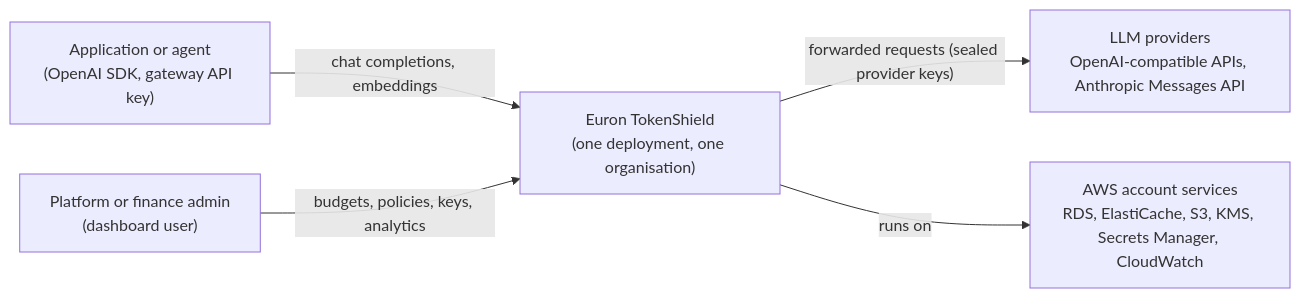
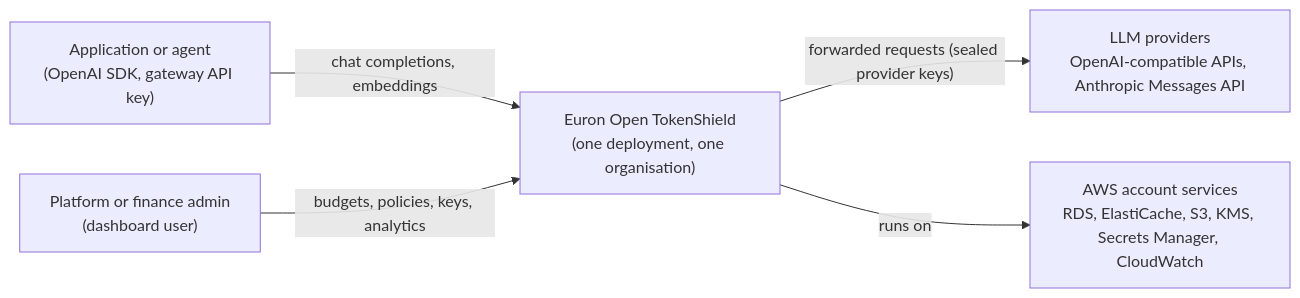
One commit to euron-sde-team/euron-open-tokenshield changed the first of 4 diagrams in docs/architecture/HLD.md. Above: the diagram before and after it, drawn with Mermaid. The commit also changed other lines of this file and 28 other files, not shown here.

First line of the commit message:
Rename to Euron Open TokenShield; add the Euron product family

````diff
--- a/docs/architecture/HLD.md
+++ b/docs/architecture/HLD.md
@@ -61,13 +61,13 @@
 ```mermaid
 flowchart LR
   app["Application or agent<br/>(OpenAI SDK, gateway API key)"]
   admin["Platform or finance admin<br/>(dashboard user)"]
-  ts["Euron TokenShield<br/>(one deployment, one organisation)"]
+  ts["Euron Open TokenShield<br/>(one deployment, one organisation)"]
   llm["LLM providers<br/>OpenAI-compatible APIs, Anthropic Messages API"]
   aws["AWS account services<br/>RDS, ElastiCache, S3, KMS, Secrets Manager, CloudWatch"]
 
   app -- "chat completions, embeddings" --> ts
   admin -- "budgets, policies, keys, analytics" --> ts
   ts -- "forwarded requests (sealed provider keys)" --> llm
   ts -- "runs on" --> aws
 ```
````
